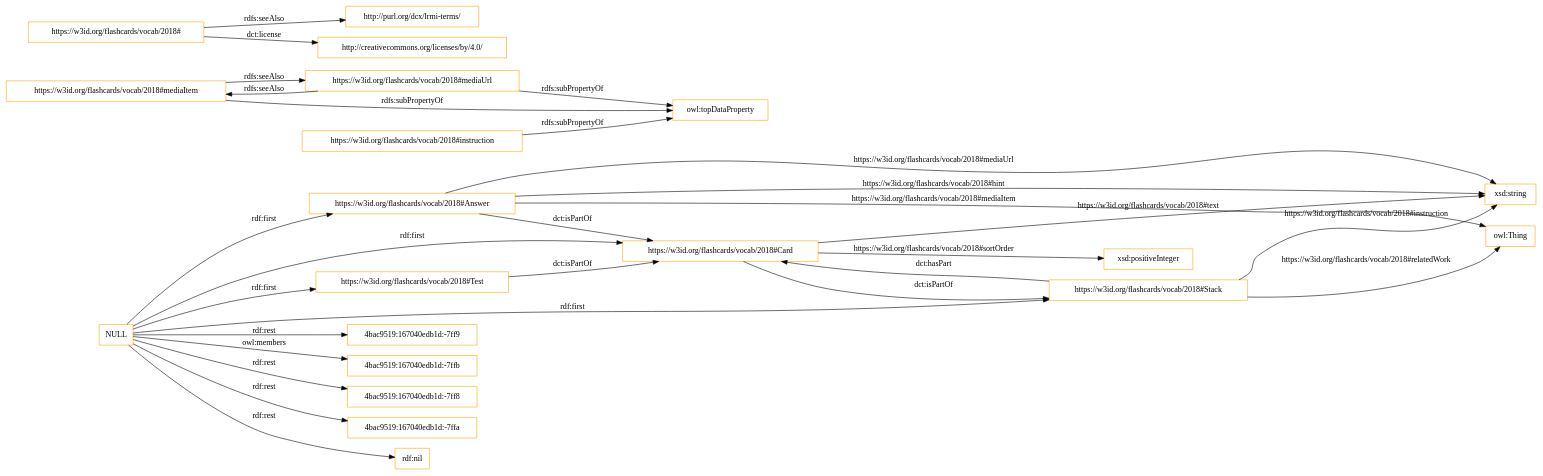
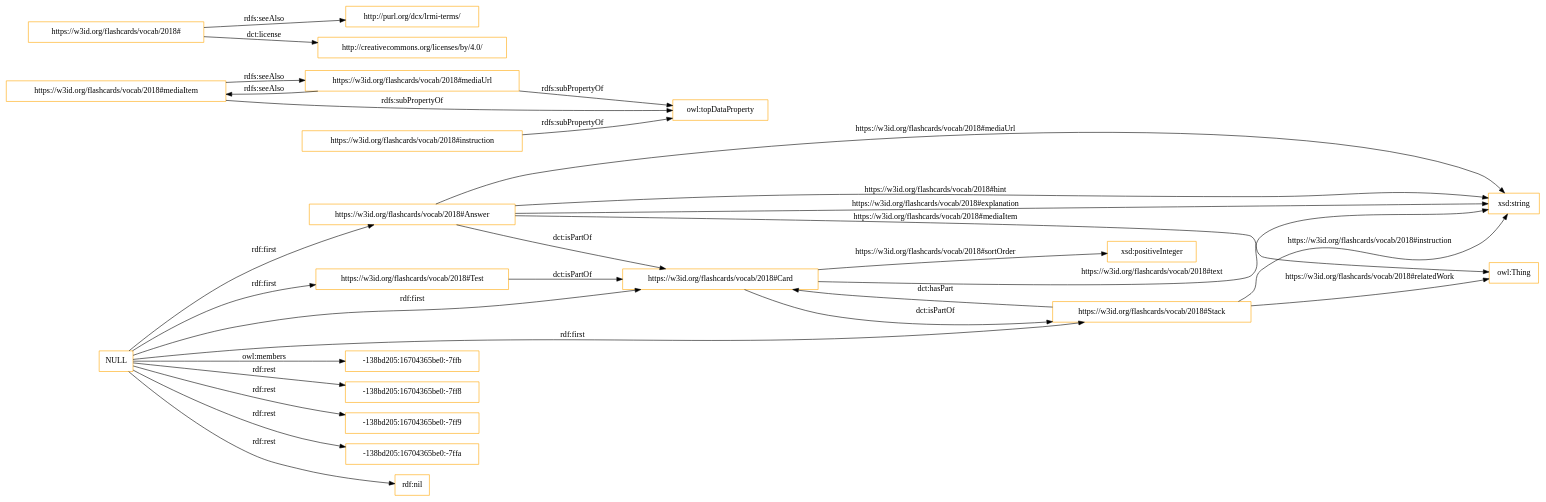
Before and after one commit to OnToologyUser/flashcard-vocabulary: the diagram in OnToology/flashcardvoc.owl/diagrams/ar2dtool-class/flashcardvoc.owl.png.dot, drawn with Graphviz. The commit also changed 9 other files, not shown here.

```diff
--- a/OnToology/flashcardvoc.owl/diagrams/ar2dtool-class/flashcardvoc.owl.png.dot
+++ b/OnToology/flashcardvoc.owl/diagrams/ar2dtool-class/flashcardvoc.owl.png.dot
@@ -1,33 +1,34 @@
 digraph ar2dtool_diagram { 
 rankdir=LR;
 size="1501"
 node [shape = rectangle, color="orange"]; "https://w3id.org/flashcards/vocab/2018#Test" "https://w3id.org/flashcards/vocab/2018#Stack" "https://w3id.org/flashcards/vocab/2018#Card" "https://w3id.org/flashcards/vocab/2018#Answer" ; /*classes style*/
 	"https://w3id.org/flashcards/vocab/2018#Card" -> "https://w3id.org/flashcards/vocab/2018#Stack" [ label = "dct:isPartOf" ];
 	"https://w3id.org/flashcards/vocab/2018#mediaItem" -> "https://w3id.org/flashcards/vocab/2018#mediaUrl" [ label = "rdfs:seeAlso" ];
 	"https://w3id.org/flashcards/vocab/2018#mediaItem" -> "owl:topDataProperty" [ label = "rdfs:subPropertyOf" ];
 	"https://w3id.org/flashcards/vocab/2018#Answer" -> "https://w3id.org/flashcards/vocab/2018#Card" [ label = "dct:isPartOf" ];
 	"https://w3id.org/flashcards/vocab/2018#Test" -> "https://w3id.org/flashcards/vocab/2018#Card" [ label = "dct:isPartOf" ];
 	"https://w3id.org/flashcards/vocab/2018#instruction" -> "owl:topDataProperty" [ label = "rdfs:subPropertyOf" ];
+	"https://w3id.org/flashcards/vocab/2018#Stack" -> "https://w3id.org/flashcards/vocab/2018#Card" [ label = "dct:hasPart" ];
 	"https://w3id.org/flashcards/vocab/2018#mediaUrl" -> "https://w3id.org/flashcards/vocab/2018#mediaItem" [ label = "rdfs:seeAlso" ];
 	"https://w3id.org/flashcards/vocab/2018#mediaUrl" -> "owl:topDataProperty" [ label = "rdfs:subPropertyOf" ];
-	"https://w3id.org/flashcards/vocab/2018#Stack" -> "https://w3id.org/flashcards/vocab/2018#Card" [ label = "dct:hasPart" ];
-	"NULL" -> "4bac9519:167040edb1d:-7ff9" [ label = "rdf:rest" ];
+	"NULL" -> "-138bd205:16704365be0:-7ffb" [ label = "owl:members" ];
+	"NULL" -> "-138bd205:16704365be0:-7ff8" [ label = "rdf:rest" ];
+	"NULL" -> "https://w3id.org/flashcards/vocab/2018#Stack" [ label = "rdf:first" ];
+	"NULL" -> "-138bd205:16704365be0:-7ff9" [ label = "rdf:rest" ];
 	"NULL" -> "https://w3id.org/flashcards/vocab/2018#Card" [ label = "rdf:first" ];
-	"NULL" -> "4bac9519:167040edb1d:-7ffb" [ label = "owl:members" ];
-	"NULL" -> "4bac9519:167040edb1d:-7ff8" [ label = "rdf:rest" ];
-	"NULL" -> "https://w3id.org/flashcards/vocab/2018#Stack" [ label = "rdf:first" ];
-	"NULL" -> "4bac9519:167040edb1d:-7ffa" [ label = "rdf:rest" ];
+	"NULL" -> "-138bd205:16704365be0:-7ffa" [ label = "rdf:rest" ];
 	"NULL" -> "https://w3id.org/flashcards/vocab/2018#Answer" [ label = "rdf:first" ];
 	"NULL" -> "rdf:nil" [ label = "rdf:rest" ];
 	"NULL" -> "https://w3id.org/flashcards/vocab/2018#Test" [ label = "rdf:first" ];
 	"https://w3id.org/flashcards/vocab/2018#" -> "http://purl.org/dcx/lrmi-terms/" [ label = "rdfs:seeAlso" ];
 	"https://w3id.org/flashcards/vocab/2018#" -> "http://creativecommons.org/licenses/by/4.0/" [ label = "dct:license" ];
 	"https://w3id.org/flashcards/vocab/2018#Stack" -> "xsd:string" [ label = "https://w3id.org/flashcards/vocab/2018#instruction" ];
+	"https://w3id.org/flashcards/vocab/2018#Answer" -> "xsd:string" [ label = "https://w3id.org/flashcards/vocab/2018#explanation" ];
 	"https://w3id.org/flashcards/vocab/2018#Card" -> "xsd:string" [ label = "https://w3id.org/flashcards/vocab/2018#text" ];
 	"https://w3id.org/flashcards/vocab/2018#Answer" -> "xsd:string" [ label = "https://w3id.org/flashcards/vocab/2018#mediaUrl" ];
 	"https://w3id.org/flashcards/vocab/2018#Stack" -> "owl:Thing" [ label = "https://w3id.org/flashcards/vocab/2018#relatedWork" ];
 	"https://w3id.org/flashcards/vocab/2018#Answer" -> "owl:Thing" [ label = "https://w3id.org/flashcards/vocab/2018#mediaItem" ];
 	"https://w3id.org/flashcards/vocab/2018#Card" -> "xsd:positiveInteger" [ label = "https://w3id.org/flashcards/vocab/2018#sortOrder" ];
 	"https://w3id.org/flashcards/vocab/2018#Answer" -> "xsd:string" [ label = "https://w3id.org/flashcards/vocab/2018#hint" ];
 
 }
```
